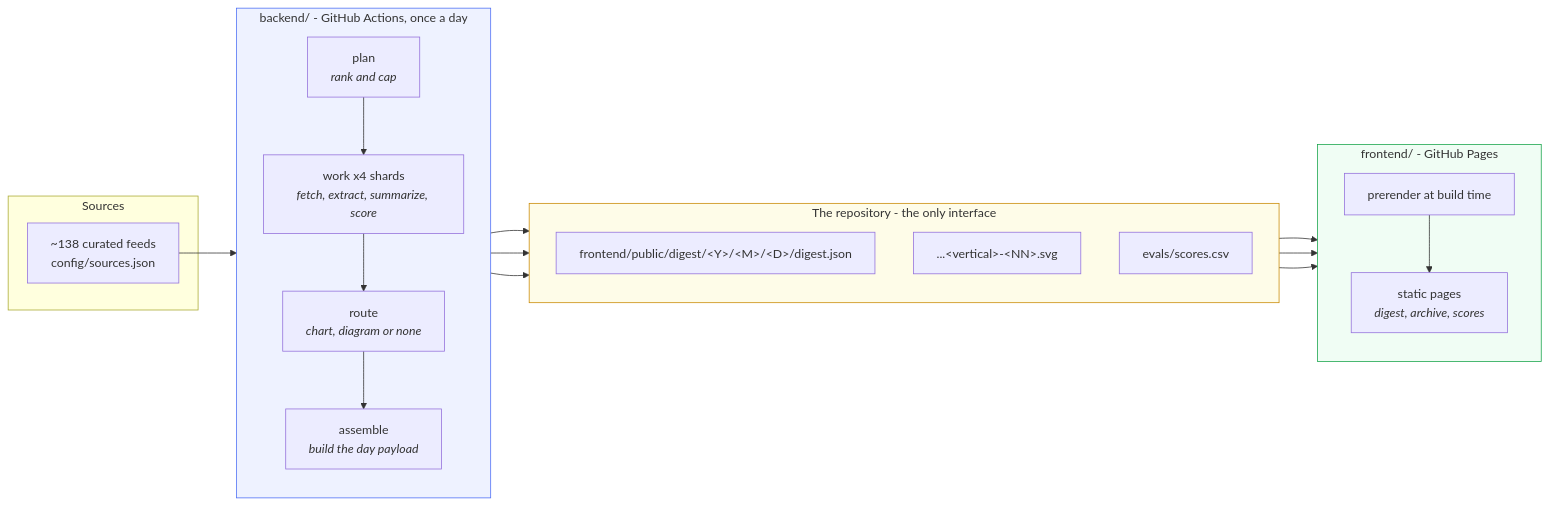
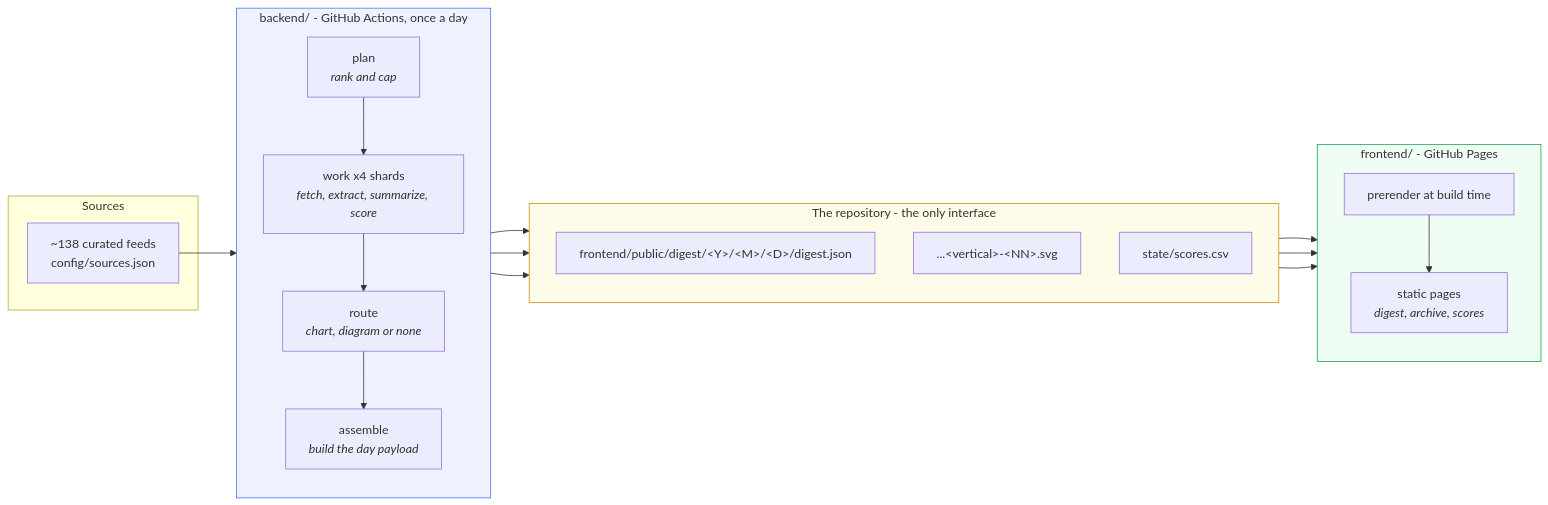
One commit to miztiik/yen-idhazh changed the first of 3 diagrams in docs/architecture/overview.md. Above: the diagram before and after it, drawn with Mermaid. The commit also changed 29 other files, not shown here.

````diff
--- a/docs/architecture/overview.md
+++ b/docs/architecture/overview.md
@@ -12,37 +12,37 @@
 ```mermaid
 flowchart LR
     subgraph src["Sources"]
         F1["~138 curated feeds<br/>config/sources.json"]
     end
 
     subgraph ci["backend/ - GitHub Actions, once a day"]
         direction TB
         P["plan<br/><i>rank and cap</i>"]
         W["work x4 shards<br/><i>fetch, extract, summarize, score</i>"]
         R["route<br/><i>chart, diagram or none</i>"]
         AS["assemble<br/><i>build the day payload</i>"]
         P --> W --> R --> AS
     end
 
     subgraph repo["The repository - the only interface"]
         direction TB
         D1["frontend/public/digest/&lt;Y&gt;/&lt;M&gt;/&lt;D&gt;/digest.json"]
         D2["...&lt;vertical&gt;-&lt;NN&gt;.svg"]
-        D3["evals/scores.csv"]
+        D3["state/scores.csv"]
     end
 
     subgraph fe["frontend/ - GitHub Pages"]
         direction TB
         B["prerender at build time"]
         S["static pages<br/><i>digest, archive, scores</i>"]
         B --> S
     end
 
     F1 --> P
     AS --> D1 & D2 & D3
     D1 & D2 & D3 --> B
 
     style ci fill:#eef2ff,stroke:#4c6ef5
     style fe fill:#f0fdf4,stroke:#16a34a
     style repo fill:#fefce8,stroke:#ca8a04
 ```
````
